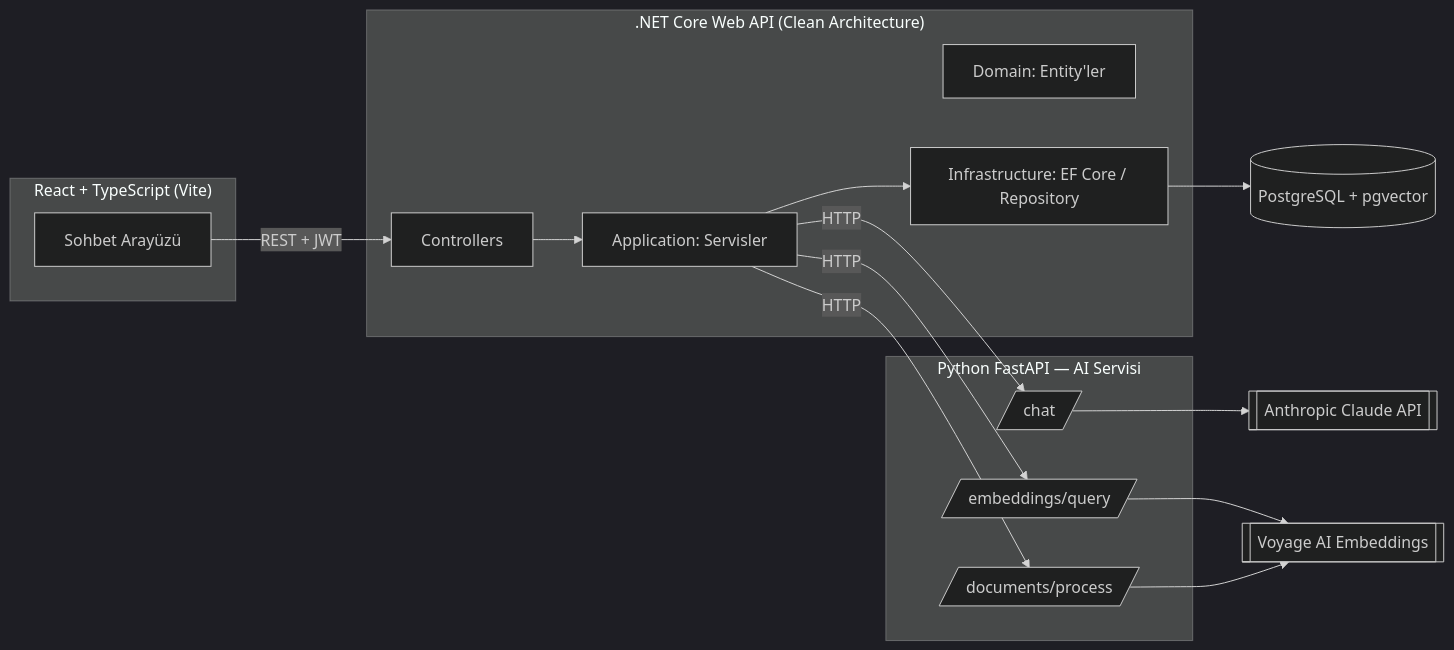
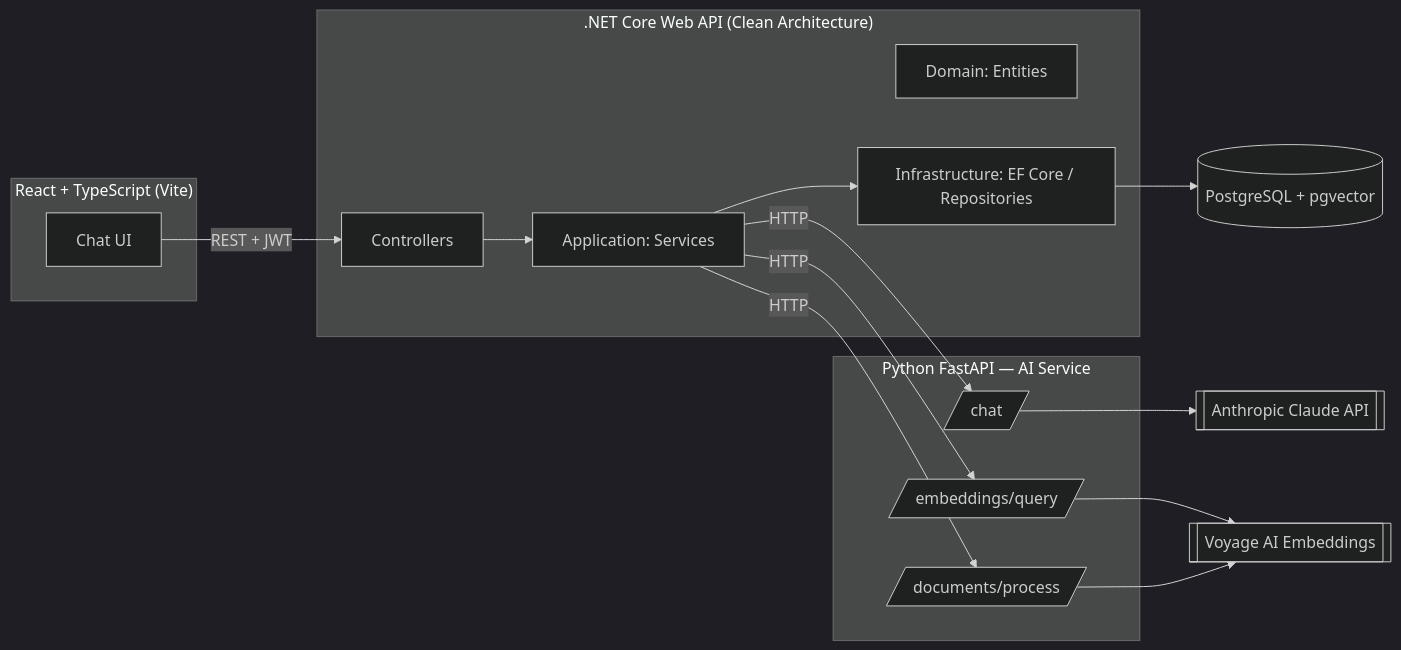
One commit to osmanemreuzer/chatbot-langchain changed the diagram in README.md. Above: the diagram before and after it, drawn with Mermaid (dark theme). The commit also changed other lines of this file and 1 other file, not shown here.

````diff
--- a/README.md
+++ b/README.md
@@ -19,32 +21,32 @@
 ```mermaid
 flowchart LR
     subgraph Frontend["React + TypeScript (Vite)"]
-        UI[Sohbet Arayüzü]
+        UI[Chat UI]
     end
 
     subgraph Backend[".NET Core Web API (Clean Architecture)"]
         API[Controllers]
-        APP[Application: Servisler]
-        DOM[Domain: Entity'ler]
-        INFRA[Infrastructure: EF Core / Repository]
+        APP[Application: Services]
+        DOM[Domain: Entities]
+        INFRA[Infrastructure: EF Core / Repositories]
     end
 
-    subgraph AIService["Python FastAPI — AI Servisi"]
+    subgraph AIService["Python FastAPI — AI Service"]
         CHAT[/chat/]
         EMBED[/embeddings/query/]
         PROC[/documents/process/]
     end
 
     DB[(PostgreSQL + pgvector)]
     CLAUDE[[Anthropic Claude API]]
     VOYAGE[[Voyage AI Embeddings]]
 
     UI -->|REST + JWT| API
     API --> APP --> INFRA --> DB
     APP -->|HTTP| CHAT
     APP -->|HTTP| EMBED
     APP -->|HTTP| PROC
     CHAT --> CLAUDE
     EMBED --> VOYAGE
     PROC --> VOYAGE
 ```
````
